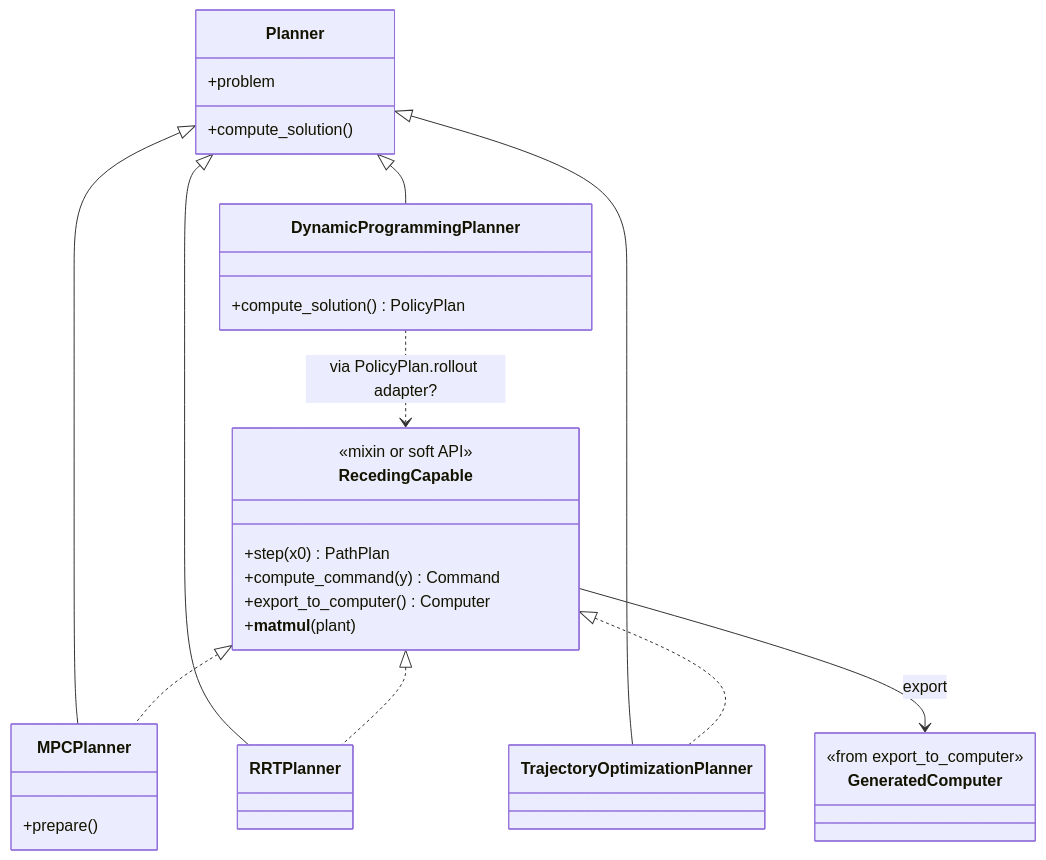
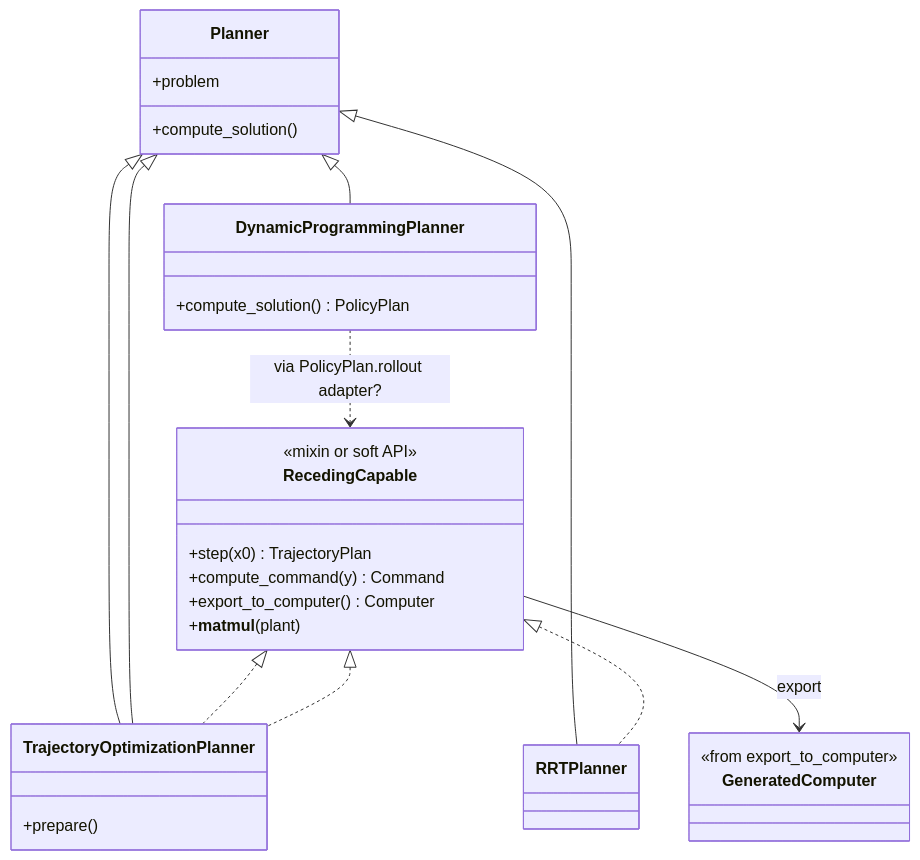
The third of 4 diagrams in docs/plans/mpc-controller-architecture.md (alx87grd/minilink), drawn with Mermaid before and after one commit. The commit also changed other lines of this file and 1 other file, not shown here.

First line of the commit message:
docs: finalize MPC and planning pipeline architecture

````diff
--- a/docs/plans/mpc-controller-architecture.md
+++ b/docs/plans/mpc-controller-architecture.md
@@ -632,35 +637,35 @@
 ```mermaid
 classDiagram
   class Planner {
     +problem
     +compute_solution()
   }
   class RecedingCapable {
     <<mixin or soft API>>
-    +step(x0) PathPlan
+    +step(x0) TrajectoryPlan
     +compute_command(y) Command
     +export_to_computer() Computer
     +__matmul__(plant)
   }
-  class MPCPlanner {
+  class TrajectoryOptimizationPlanner {
     +prepare()
   }
   class RRTPlanner
   class TrajectoryOptimizationPlanner
   class DynamicProgrammingPlanner {
     +compute_solution() PolicyPlan
   }
   class GeneratedComputer {
     <<from export_to_computer>>
   }
 
-  Planner <|-- MPCPlanner
+  Planner <|-- TrajectoryOptimizationPlanner
   Planner <|-- RRTPlanner
   Planner <|-- TrajectoryOptimizationPlanner
   Planner <|-- DynamicProgrammingPlanner
-  RecedingCapable <|.. MPCPlanner
+  RecedingCapable <|.. TrajectoryOptimizationPlanner
   RecedingCapable <|.. RRTPlanner
   RecedingCapable <|.. TrajectoryOptimizationPlanner
   DynamicProgrammingPlanner ..> RecedingCapable : via PolicyPlan.rollout adapter?
   RecedingCapable --> GeneratedComputer : export
 ```
````
